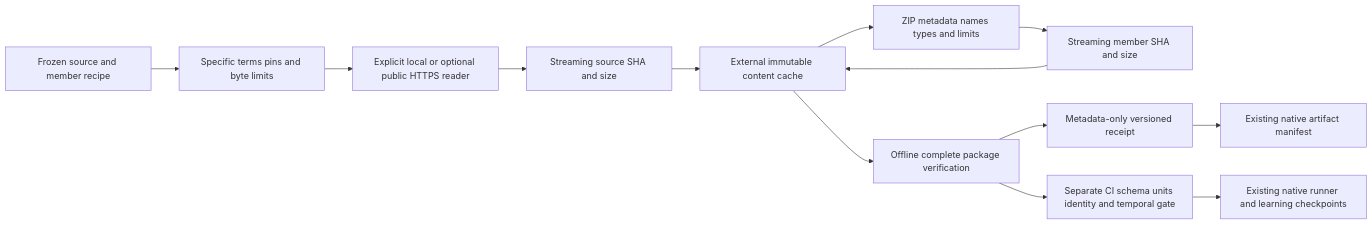
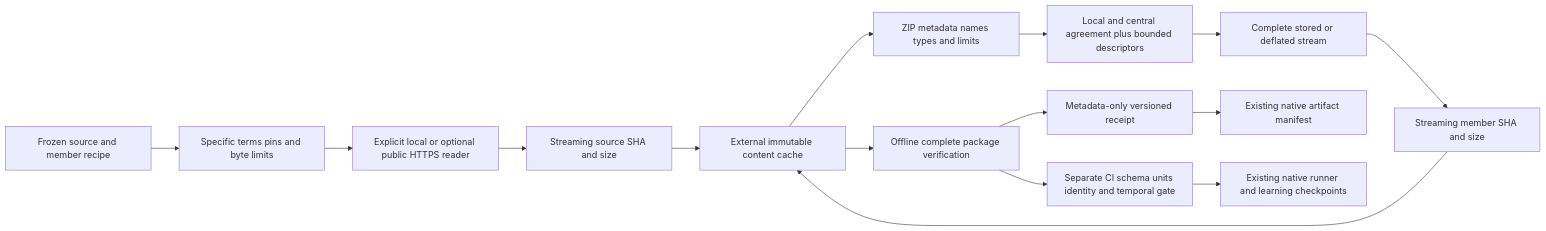
One commit to jacksonpradolima/coleman4hcs changed the diagram in docs/corpus-materialization.md. Above: the diagram before and after it, drawn with Mermaid. The commit also changed other lines of this file and 4 other files, not shown here.

Commit message:
fix: validate bounded ZIP directory and local record consistency

````diff
--- a/docs/corpus-materialization.md
+++ b/docs/corpus-materialization.md
@@ -211,15 +223,17 @@
 ```mermaid
 flowchart LR
   S[Frozen source and member recipe] --> T[Specific terms pins and byte limits]
   T --> R[Explicit local or optional public HTTPS reader]
   R --> H[Streaming source SHA and size]
   H --> C[External immutable content cache]
   C --> Z[ZIP metadata names types and limits]
-  Z --> M[Streaming member SHA and size]
+  Z --> L[Local and central agreement plus bounded descriptors]
+  L --> D[Complete stored or deflated stream]
+  D --> M[Streaming member SHA and size]
   M --> C
   C --> V[Offline complete package verification]
   V --> A[Metadata-only versioned receipt]
   A --> N[Existing native artifact manifest]
   V --> G[Separate CI schema units identity and temporal gate]
   G --> E[Existing native runner and learning checkpoints]
 ```
````
